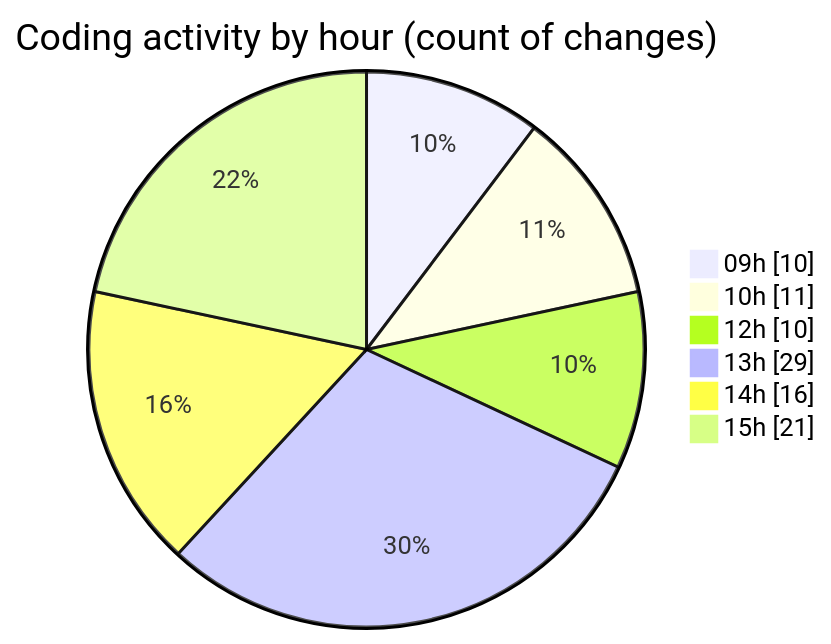
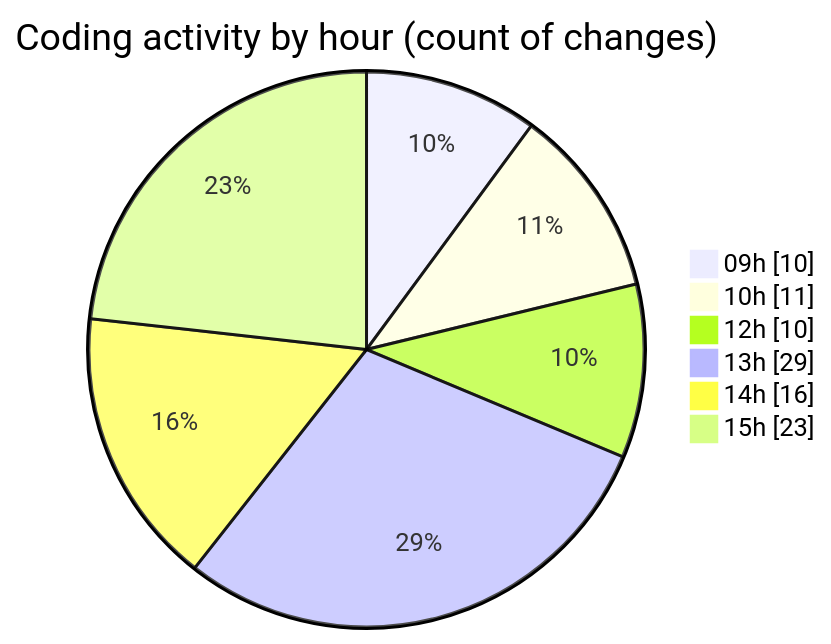
One commit to momahboobian/code-tracking changed the second of 2 diagrams in 2025-09-12/cda/README.md. Above: the diagram before and after it, drawn with Mermaid. The commit also changed other lines of this file and 1 other file, not shown here.

````diff
--- a/2025-09-12/cda/README.md
+++ b/2025-09-12/cda/README.md
@@ -47,10 +47,10 @@
 ```mermaid
 pie showData
 title Coding activity by hour (count of changes)
 "09h" : 10
 "10h" : 11
 "12h" : 10
 "13h" : 29
 "14h" : 16
-"15h" : 21
+"15h" : 23
 ```
````
